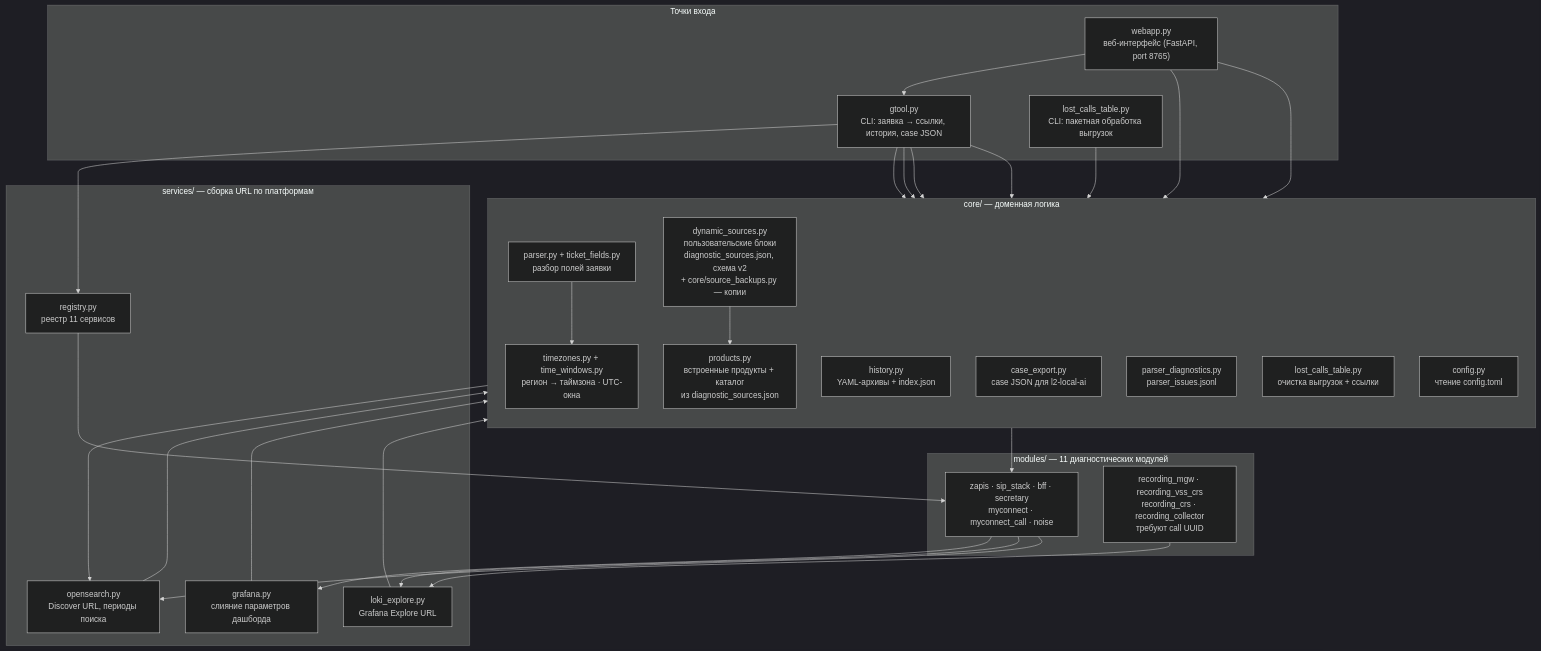
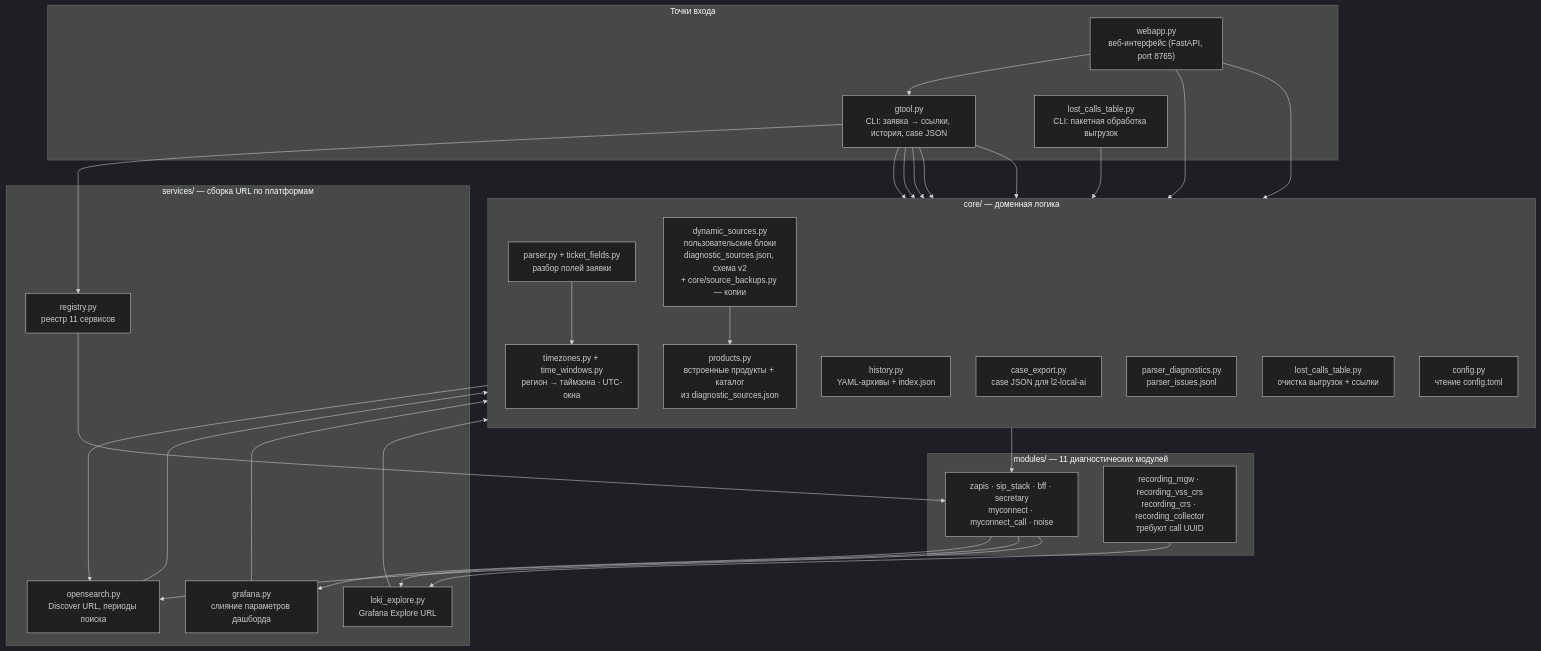
One commit to shifter1710/l2tool changed the second of 11 diagrams in docs/ARCHITECTURE.md. Above: the diagram before and after it, drawn with Mermaid (dark theme). The commit also changed other lines of this file and 1 other file, not shown here.

````diff
--- a/docs/ARCHITECTURE.md
+++ b/docs/ARCHITECTURE.md
@@ -50,55 +52,56 @@
 ```mermaid
 flowchart TB
     subgraph entries["Точки входа"]
         webapp["webapp.py<br/>веб-интерфейс (FastAPI, port 8765)"]
         gtool["gtool.py<br/>CLI: заявка → ссылки, история, case JSON"]
         lostcli["lost_calls_table.py<br/>CLI: пакетная обработка выгрузок"]
     end
 
     subgraph core["core/ — доменная логика"]
         direction TB
         parser["parser.py + ticket_fields.py<br/>разбор полей заявки"]
         timetz["timezones.py + time_windows.py<br/>регион → таймзона · UTC-окна"]
         products["products.py<br/>встроенные продукты + каталог<br/>из diagnostic_sources.json"]
         dynamic["dynamic_sources.py<br/>пользовательские блоки<br/>diagnostic_sources.json, схема v2<br/>+ core/source_backups.py — копии"]
         history["history.py<br/>YAML-архивы + index.json"]
         caseexp["case_export.py<br/>case JSON для l2-local-ai"]
         pdiag["parser_diagnostics.py<br/>parser_issues.jsonl"]
         lostcore["lost_calls_table.py<br/>очистка выгрузок + ссылки"]
         config["config.py<br/>чтение config.toml"]
     end
 
     subgraph services["services/ — сборка URL по платформам"]
         registry["registry.py<br/>реестр 11 сервисов"]
         grafanaurl["grafana.py<br/>слияние параметров дашборда"]
         lokiurl["loki_explore.py<br/>Grafana Explore URL"]
         osurl["opensearch.py<br/>Discover URL, периоды поиска"]
     end
 
     subgraph modules["modules/ — 11 диагностических модулей"]
         primary["zapis · sip_stack · bff · secretary<br/>myconnect · myconnect_call · noise"]
         recording["recording_mgw · recording_vss_crs<br/>recording_crs · recording_collector<br/>требуют call UUID"]
     end
 
     webapp --> gtool
     webapp --> dynamic
     webapp --> lostcore
     gtool --> parser
     gtool --> history
     gtool --> caseexp
     gtool --> pdiag
+    gtool --> dynamic
     gtool --> registry
     lostcli --> lostcore
     parser --> timetz
     dynamic --> products
     dynamic --> osurl
     registry --> primary
     primary --> grafanaurl
     primary --> lokiurl
     primary --> osurl
     recording --> lokiurl
     lokiurl --> config
     osurl --> config
     grafanaurl --> config
     lostcore --> primary
 ```
````
